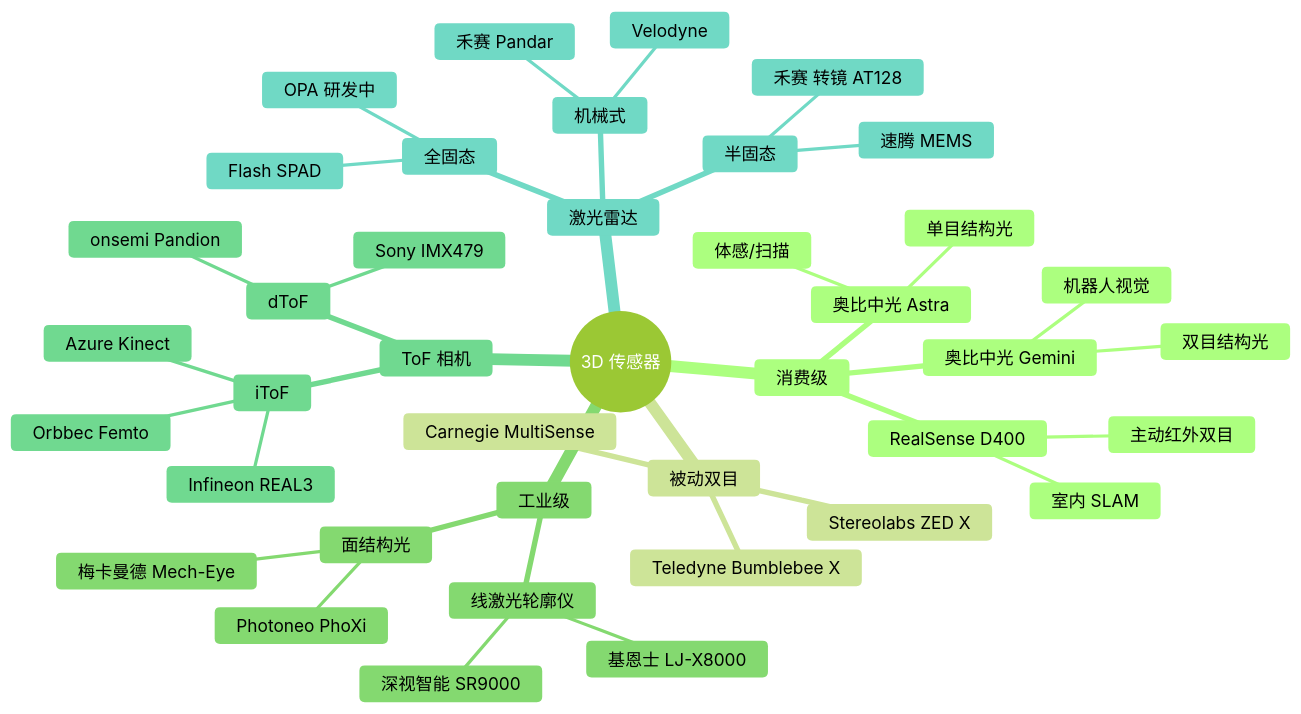
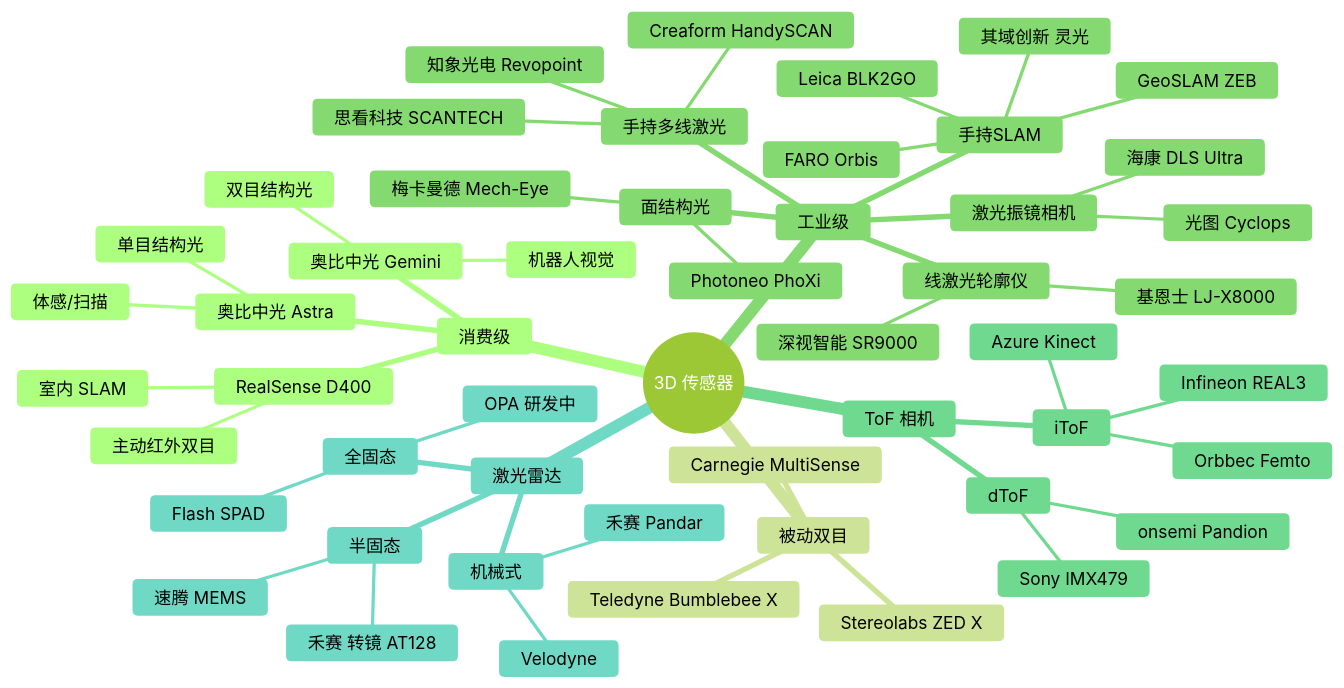
The first of 3 diagrams in src/00_basics/07_3d_cameras.md (dull-bird/book_3d_cv), drawn with Mermaid (forest theme) before and after one commit. The commit also changed other lines of this file, not shown here.

First line of the commit message:
feat: 新增激光振镜相机、手持多线激光、手持SLAM三大品类

````diff
--- a/src/00_basics/07_3d_cameras.md
+++ b/src/00_basics/07_3d_cameras.md
@@ -43,43 +46,55 @@
 ```mermaid
 mindmap
   root((3D 传感器))
     消费级
       RealSense D400
         主动红外双目
         室内 SLAM
       奥比中光 Astra
         单目结构光
         体感/扫描
       奥比中光 Gemini
         双目结构光
         机器人视觉
     被动双目
       Stereolabs ZED X
       Teledyne Bumblebee X
       Carnegie MultiSense
     工业级
       线激光轮廓仪
         基恩士 LJ-X8000
         深视智能 SR9000
       面结构光
         Photoneo PhoXi
         梅卡曼德 Mech-Eye
+      激光振镜相机
+        海康 DLS Ultra
+        光图 Cyclops
+      手持多线激光
+        Creaform HandySCAN
+        知象光电 Revopoint
+        思看科技 SCANTECH
+      手持SLAM
+        GeoSLAM ZEB
+        FARO Orbis
+        Leica BLK2GO
+        其域创新 灵光
     ToF 相机
       iToF
         Infineon REAL3
         Azure Kinect
         Orbbec Femto
       dToF
         Sony IMX479
         onsemi Pandion
     激光雷达
       机械式
         Velodyne
         禾赛 Pandar
       半固态
         速腾 MEMS
         禾赛 转镜 AT128
       全固态
         Flash SPAD
         OPA 研发中
 ```
````
